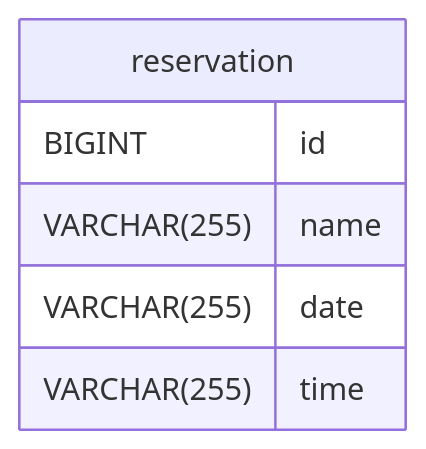
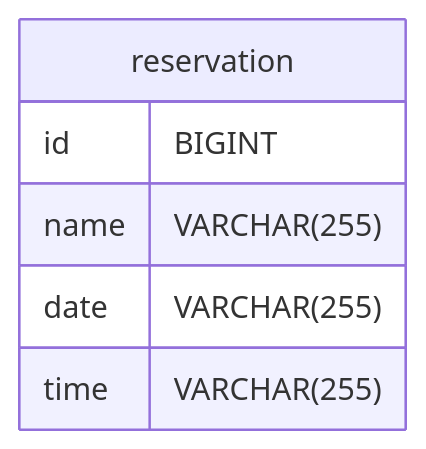
Before and after one commit to woowacourse/spring-roomescape-admin: the diagram in docs/README.md, drawn with Mermaid.

Commit message:
docs: ERD 변수명과 타입 위치 변경

````diff
--- a/docs/README.md
+++ b/docs/README.md
@@ -25,9 +25,9 @@
 ``` mermaid
 erDiagram
     reservation {
-        BIGINT id
-        VARCHAR(255) name
-        VARCHAR(255) date
-        VARCHAR(255) time
+        id BIGINT
+        name VARCHAR(255)
+        date VARCHAR(255)
+        time VARCHAR(255)
     }
 ```
````
